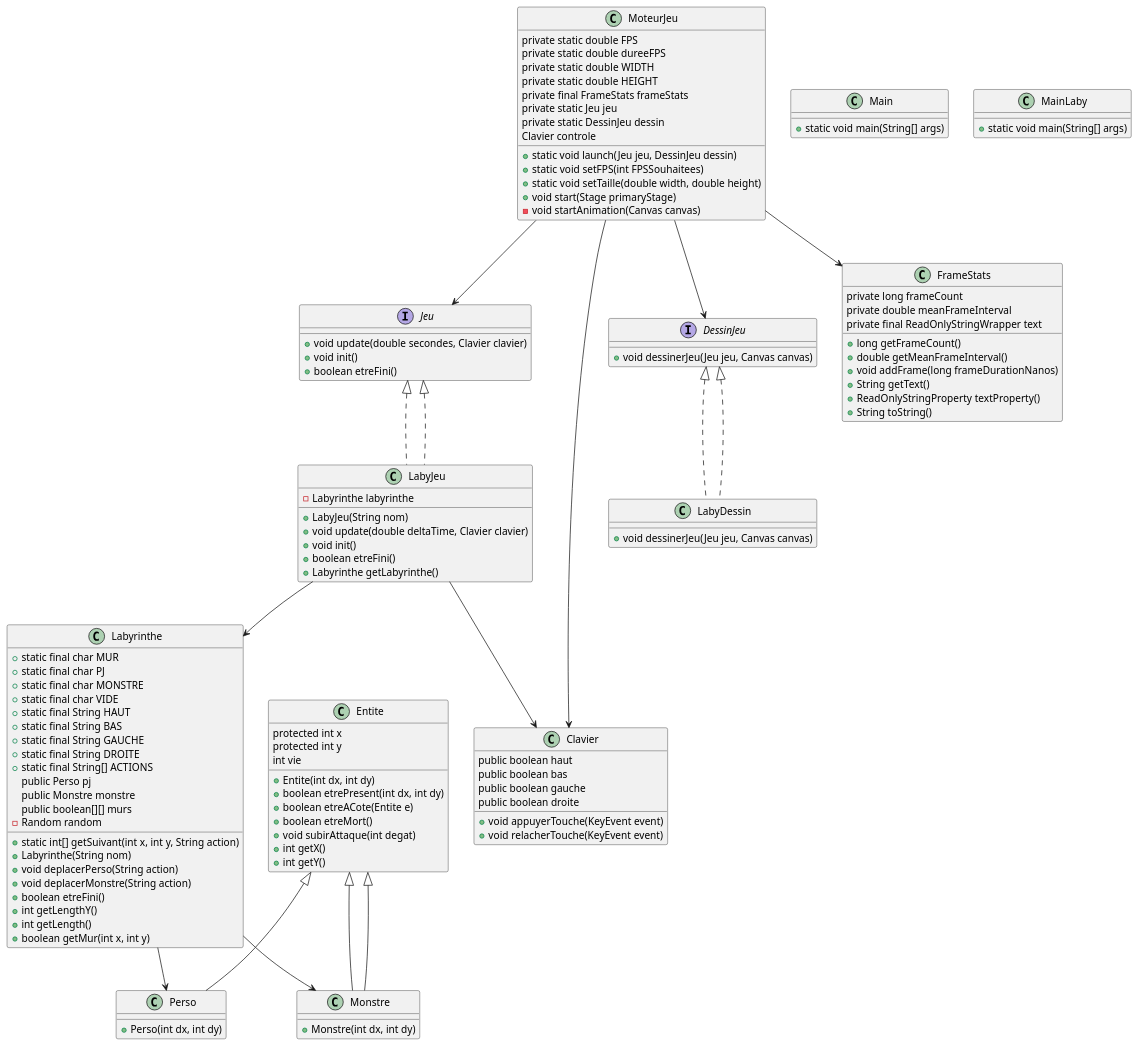
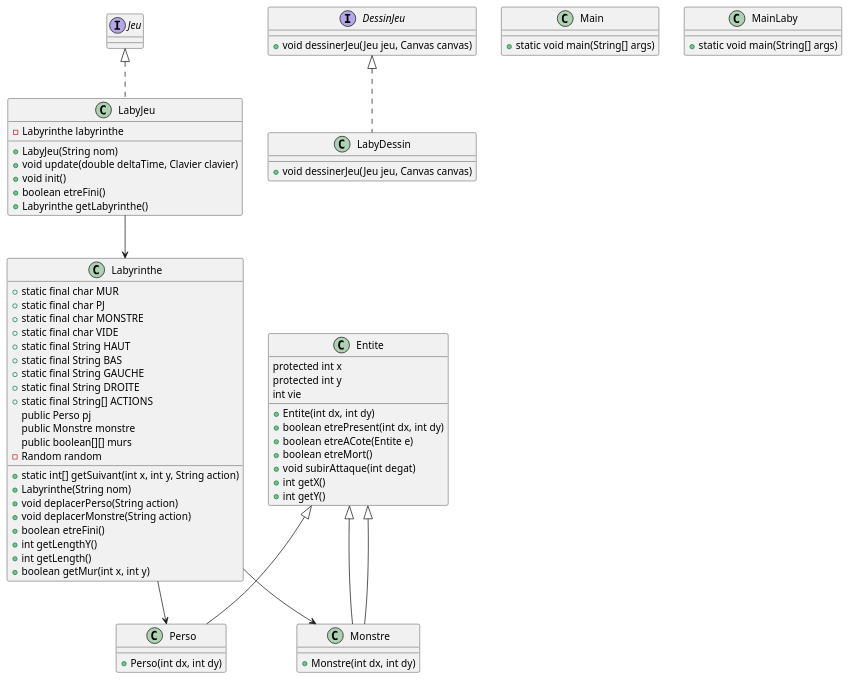
One commit to Maev975/Jeu_Zeldiablo changed the diagram in zeldiablo/src/gameLaby/laby/Diagramme.puml. Above: the diagram before and after it, drawn with PlantUML. The commit also changed 5 other files, not shown here.

Commit message:
mudification du bilan document2 et ajout diagrammed'initialisation v3

```diff
--- a/zeldiablo/src/gameLaby/laby/Diagramme.puml
+++ b/zeldiablo/src/gameLaby/laby/Diagramme.puml
@@ -1,129 +1,129 @@
 @startuml
 
 class Entite {
     protected int x
     protected int y
     int vie
     + Entite(int dx, int dy)
     + boolean etrePresent(int dx, int dy)
     + boolean etreACote(Entite e)
     + boolean etreMort()
     + void subirAttaque(int degat)
     + int getX()
     + int getY()
 }
 
 class LabyDessin implements DessinJeu {
     + void dessinerJeu(Jeu jeu, Canvas canvas)
 }
 
 class LabyJeu implements Jeu {
     - Labyrinthe labyrinthe
     + LabyJeu(String nom)
     + void update(double deltaTime, Clavier clavier)
     + void init()
     + boolean etreFini()
     + Labyrinthe getLabyrinthe()
 }
 
 class Main {
     + static void main(String[] args)
 }
 
 class Labyrinthe {
     + static final char MUR
     + static final char PJ
     + static final char MONSTRE
     + static final char VIDE
     + static final String HAUT
     + static final String BAS
     + static final String GAUCHE
     + static final String DROITE
     + static final String[] ACTIONS
     public Perso pj
     public Monstre monstre
     public boolean[][] murs
     - Random random
     + static int[] getSuivant(int x, int y, String action)
     + Labyrinthe(String nom)
     + void deplacerPerso(String action)
     + void deplacerMonstre(String action)
     + boolean etreFini()
     + int getLengthY()
     + int getLength()
     + boolean getMur(int x, int y)
 }
 
 class MainLaby {
     + static void main(String[] args)
 }
 
 class Monstre extends Entite {
     + Monstre(int dx, int dy)
 }
 
 class Perso {
     + Perso(int dx, int dy)
 }
 
-class Clavier {
-    public boolean haut
-    public boolean bas
-    public boolean gauche
-    public boolean droite
-    + void appuyerTouche(KeyEvent event)
-    + void relacherTouche(KeyEvent event)
-}
+'class Clavier {
+'    public boolean haut
+'    public boolean bas
+'    public boolean gauche
+'    public boolean droite
+'    + void appuyerTouche(KeyEvent event)
+'    + void relacherTouche(KeyEvent event)
+'}
 
 interface DessinJeu {
     + void dessinerJeu(Jeu jeu, Canvas canvas)
 }
 
-class FrameStats {
-    private long frameCount
-    private double meanFrameInterval
-    private final ReadOnlyStringWrapper text
-    + long getFrameCount()
-    + double getMeanFrameInterval()
-    + void addFrame(long frameDurationNanos)
-    + String getText()
-    + ReadOnlyStringProperty textProperty()
-    + String toString()
-}
+'class FrameStats {
+'    private long frameCount
+'    private double meanFrameInterval
+'    private final ReadOnlyStringWrapper text
+'    + long getFrameCount()
+'    + double getMeanFrameInterval()
+'    + void addFrame(long frameDurationNanos)
+'    + String getText()
+'    + ReadOnlyStringProperty textProperty()
+'    + String toString()
+'}
 
-interface Jeu {
-    + void update(double secondes, Clavier clavier)
-    + void init()
-    + boolean etreFini()
-}
+'interface Jeu {
+'    + void update(double secondes, Clavier clavier)
+'    + void init()
+'    + boolean etreFini()
+'}
 
-class MoteurJeu {
-    private static double FPS
-    private static double dureeFPS
-    private static double WIDTH
-    private static double HEIGHT
-    private final FrameStats frameStats
-    private static Jeu jeu
-    private static DessinJeu dessin
-    Clavier controle
-    + static void launch(Jeu jeu, DessinJeu dessin)
-    + static void setFPS(int FPSSouhaitees)
-    + static void setTaille(double width, double height)
-    + void start(Stage primaryStage)
-    - void startAnimation(Canvas canvas)
-}
+'class MoteurJeu {
+'    private static double FPS
+'    private static double dureeFPS
+'    private static double WIDTH
+'    private static double HEIGHT
+'    private final FrameStats frameStats
+'    private static Jeu jeu
+'    private static DessinJeu dessin
+'    Clavier controle
+'    + static void launch(Jeu jeu, DessinJeu dessin)
+'    + static void setFPS(int FPSSouhaitees)
+'    + static void setTaille(double width, double height)
+'    + void start(Stage primaryStage)
+'    - void startAnimation(Canvas canvas)
+'}
 
 Entite <|-- Monstre
 Entite <|- Perso
 LabyJeu --> Labyrinthe
 Labyrinthe --> Perso
 Labyrinthe --> Monstre
-DessinJeu <|.. LabyDessin
-Jeu <|.. LabyJeu
-LabyJeu --> Clavier
-MoteurJeu --> FrameStats
-MoteurJeu --> Clavier
-MoteurJeu --> Jeu
-MoteurJeu --> DessinJeu
+'DessinJeu <|.. LabyDessin
+'Jeu <|.. LabyJeu
+'LabyJeu --> Clavier
+'MoteurJeu --> FrameStats
+'MoteurJeu --> Clavier
+'MoteurJeu --> Jeu
+'MoteurJeu --> DessinJeu
 
 @enduml
```
